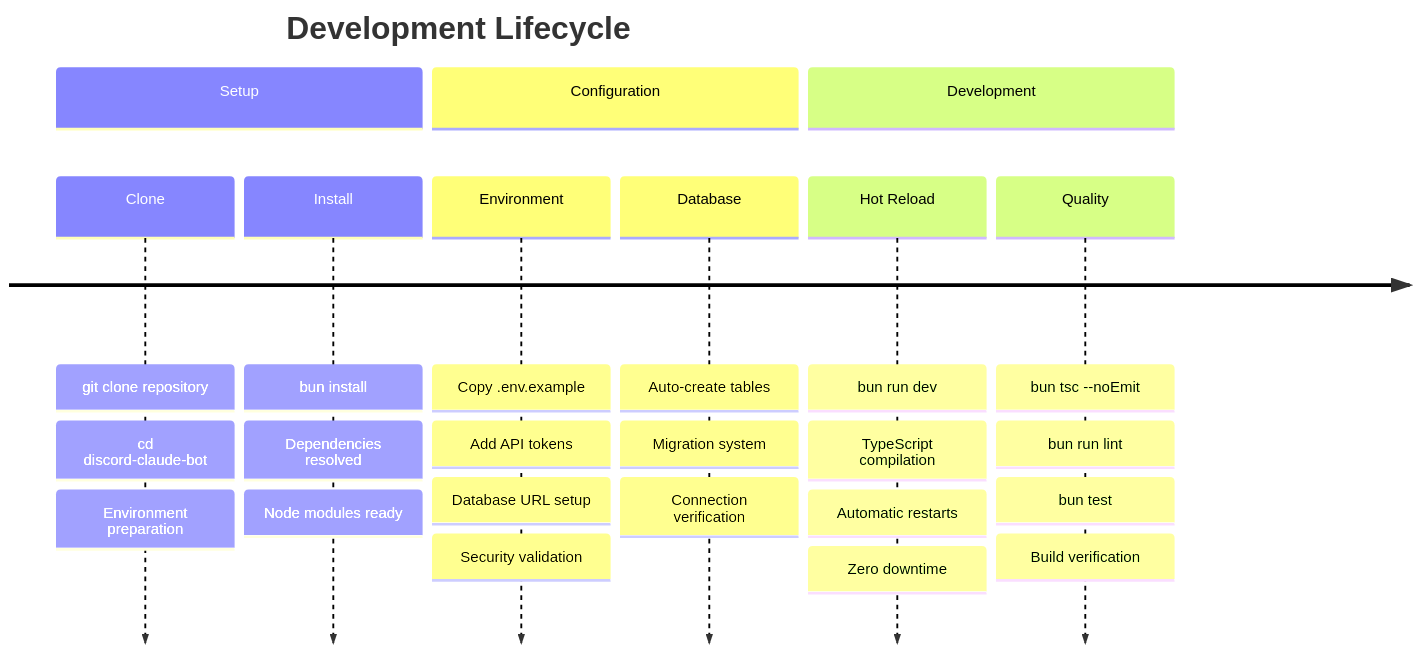
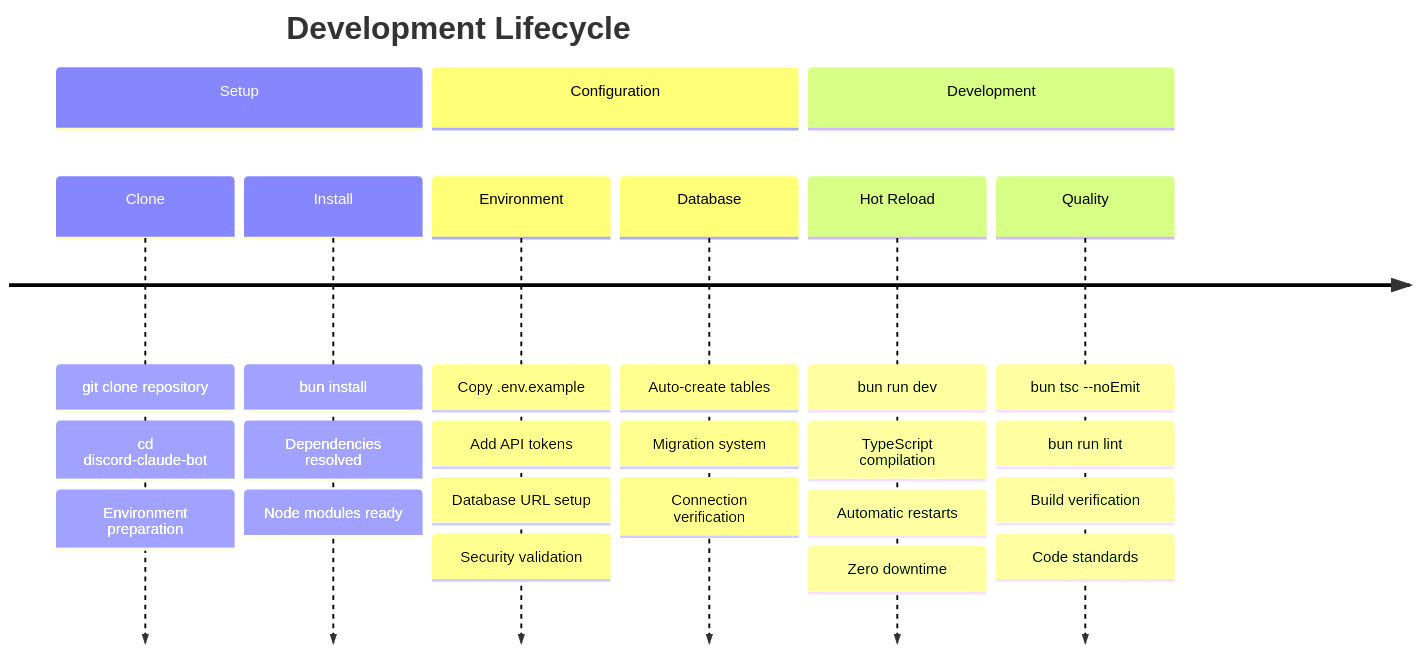
One commit to Surebob/discord-claude changed the ninth of 10 diagrams in README.md. Above: the diagram before and after it, drawn with Mermaid. The commit also changed other lines of this file, not shown here.

Commit message:
Refactor README.md to update the testing and documentation sections, replacing outdated content with clearer guidelines. Enhance the maintainability section and remove deprecated architecture benefits for improved clarity and focus on current practices.

````diff
--- a/README.md
+++ b/README.md
@@ -473,34 +473,34 @@
 ```mermaid
 timeline
     title Development Lifecycle
     
     section Setup
         Clone : git clone repository
               : cd discord-claude-bot
               : Environment preparation
         
         Install : bun install
                 : Dependencies resolved
                 : Node modules ready
     
     section Configuration  
         Environment : Copy .env.example
                     : Add API tokens
                     : Database URL setup
                     : Security validation
         
         Database : Auto-create tables
                  : Migration system
                  : Connection verification
     
     section Development
         Hot Reload : bun run dev
                    : TypeScript compilation
                    : Automatic restarts
                    : Zero downtime
         
         Quality : bun tsc --noEmit
                 : bun run lint
-                : bun test
                 : Build verification
+                : Code standards
 ```
````
